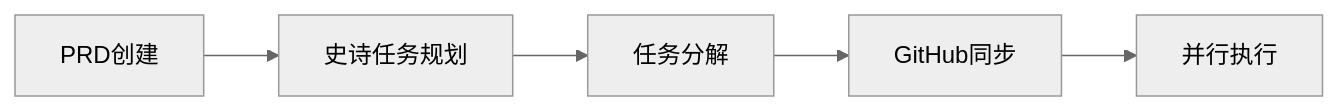
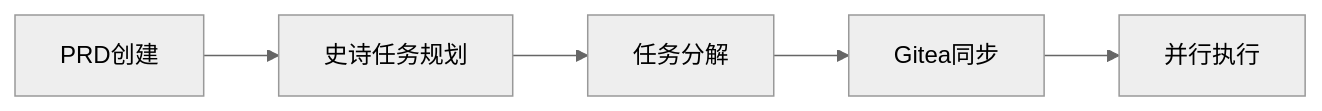
Before and after one commit to Ricemug/ccpm-gitea: the diagram in zh-docs/README_ZH.md, drawn with Mermaid (neutral theme). The commit also changed other lines of this file and 1 other file, not shown here.

````diff
--- a/zh-docs/README_ZH.md
+++ b/zh-docs/README_ZH.md
@@ -53,7 +58,7 @@
 ```mermaid
 graph LR
     A[PRD创建] --> B[史诗任务规划]
     B --> C[任务分解]
-    C --> D[GitHub同步]
+    C --> D[Gitea同步]
     D --> E[并行执行]
 ```
````
